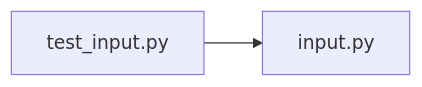
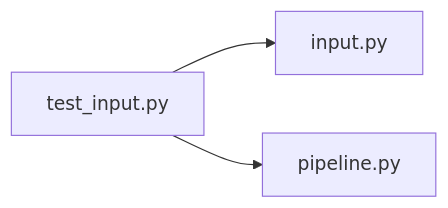
Before and after one commit to minkong-dev/Banblit: the diagram in .cluedoc/graph/backend/tests/unit/test_input.md, drawn with Mermaid. The commit also changed other lines of this file and 50 other files, not shown here.

First line of the commit message:
backend: keep tunable limits and call order in each module's pipeline

````diff
--- a/.cluedoc/graph/backend/tests/unit/test_input.md
+++ b/.cluedoc/graph/backend/tests/unit/test_input.md
@@ -10,5 +10,6 @@
 ```mermaid
 flowchart LR
   backend_tests_unit_test_input["test_input.py"]
   backend_tests_unit_test_input --> backend_src_backend_services_validation_input["input.py"]
+  backend_tests_unit_test_input --> backend_src_backend_services_validation_pipeline["pipeline.py"]
 ```
````
